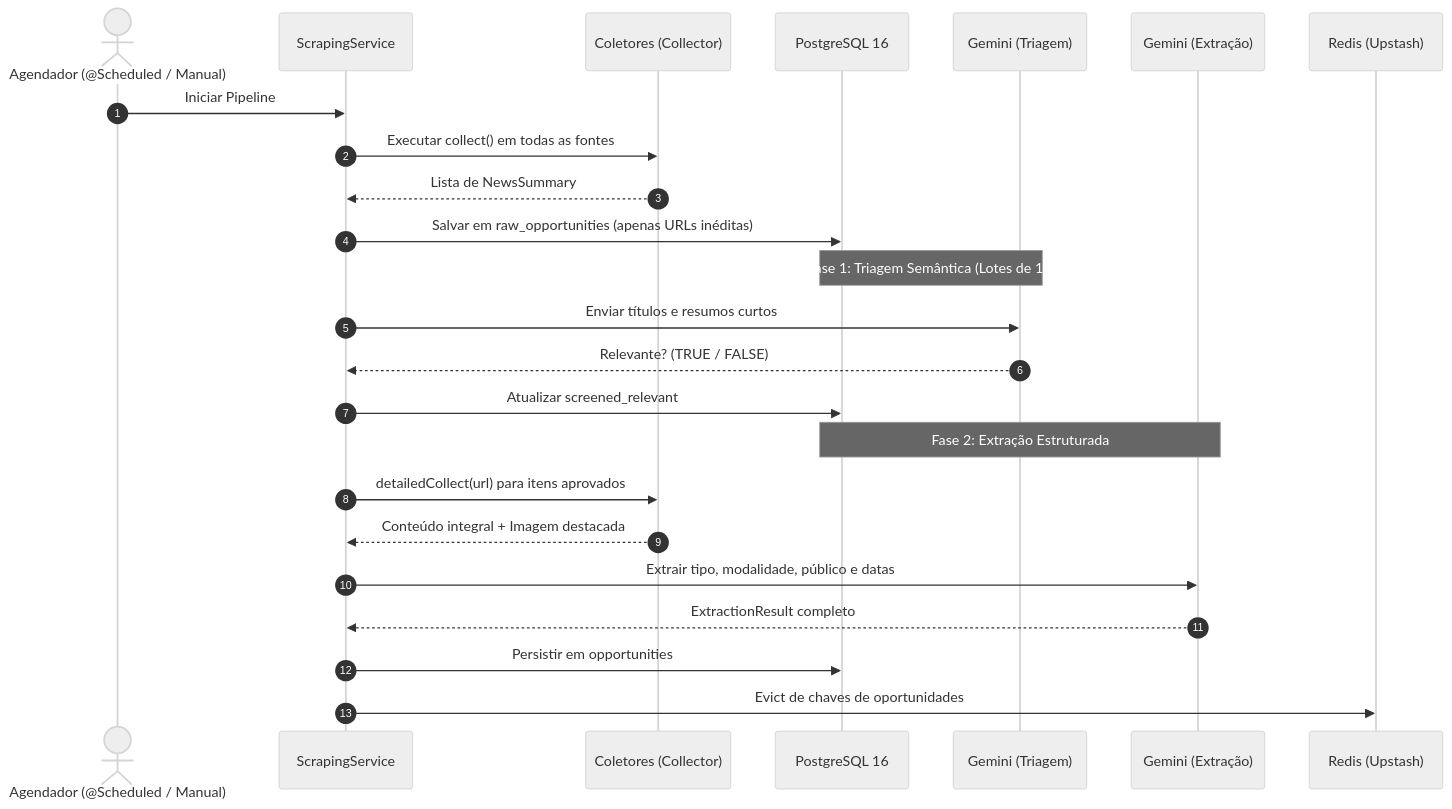
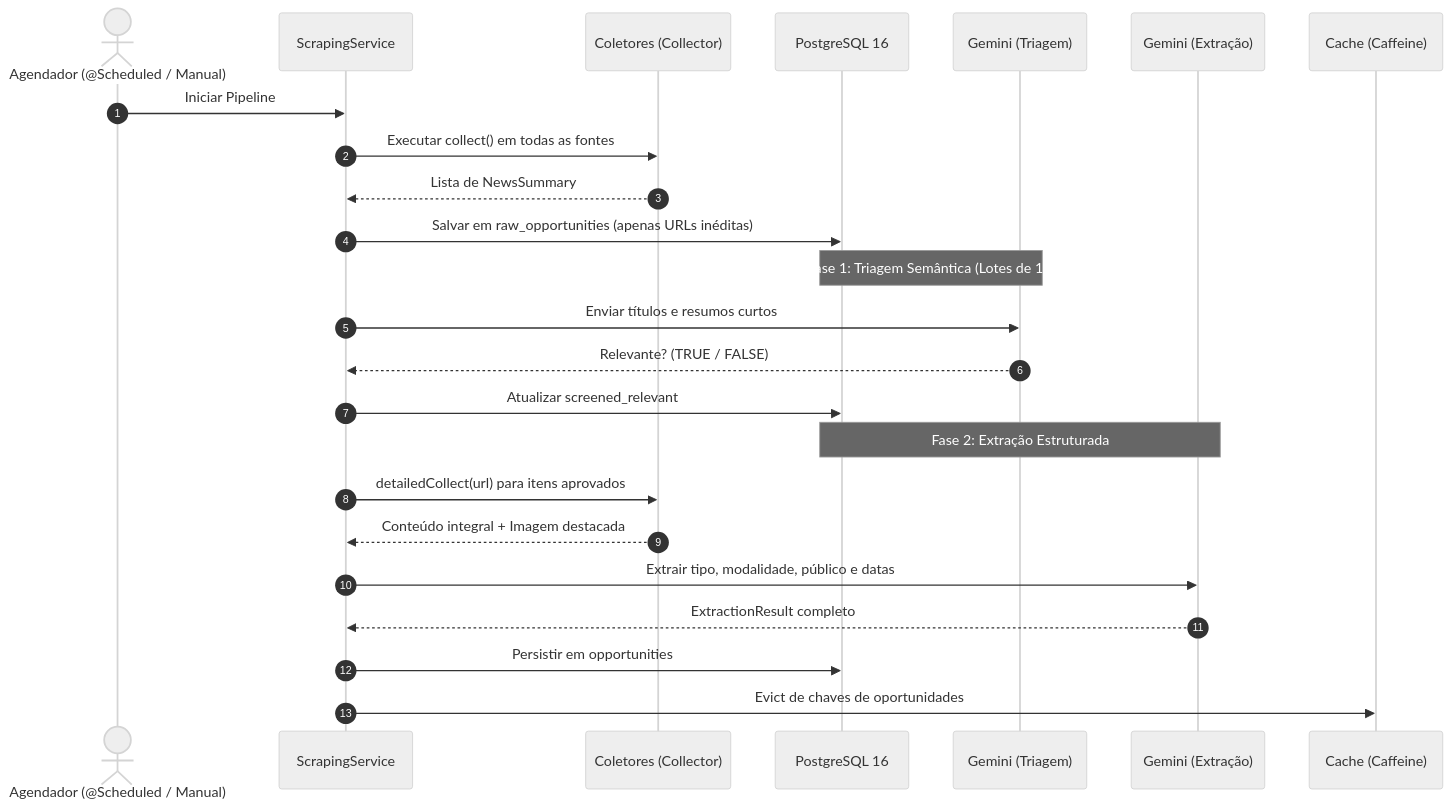
The second of 2 diagrams in README.md (Lucasfcz/coralinkAPI), drawn with Mermaid (neutral theme) before and after one commit. The commit also changed other lines of this file and 4 other files, not shown here.

First line of the commit message:
docs(cache): update README, OpenAPI descriptions, and comments for Caffeine

````diff
--- a/README.md
+++ b/README.md
@@ -116,29 +116,29 @@
 ```mermaid
 sequenceDiagram
     autonumber
     actor Scheduler as Agendador (@Scheduled / Manual)
     participant Scraping as ScrapingService
     participant Sources as Coletores (Collector)
     participant DB as PostgreSQL 16
     participant AI_Screen as Gemini (Triagem)
     participant AI_Extract as Gemini (Extração)
-    participant Cache as Redis (Upstash)
+    participant Cache as Cache (Caffeine)
 
     Scheduler->>Scraping: Iniciar Pipeline
     Scraping->>Sources: Executar collect() em todas as fontes
     Sources-->>Scraping: Lista de NewsSummary
     Scraping->>DB: Salvar em raw_opportunities (apenas URLs inéditas)
 
     Note over DB,AI_Screen: Fase 1: Triagem Semântica (Lotes de 10)
     Scraping->>AI_Screen: Enviar títulos e resumos curtos
     AI_Screen-->>Scraping: Relevante? (TRUE / FALSE)
     Scraping->>DB: Atualizar screened_relevant
 
     Note over DB,AI_Extract: Fase 2: Extração Estruturada
     Scraping->>Sources: detailedCollect(url) para itens aprovados
     Sources-->>Scraping: Conteúdo integral + Imagem destacada
     Scraping->>AI_Extract: Extrair tipo, modalidade, público e datas
     AI_Extract-->>Scraping: ExtractionResult completo
     Scraping->>DB: Persistir em opportunities
     Scraping->>Cache: Evict de chaves de oportunidades
 ```
````
